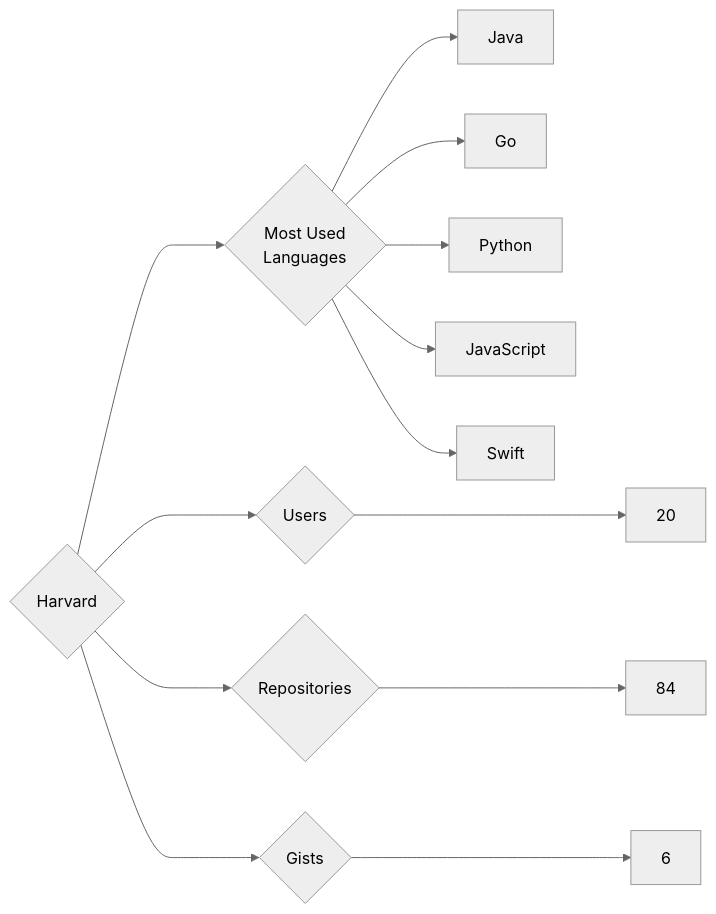
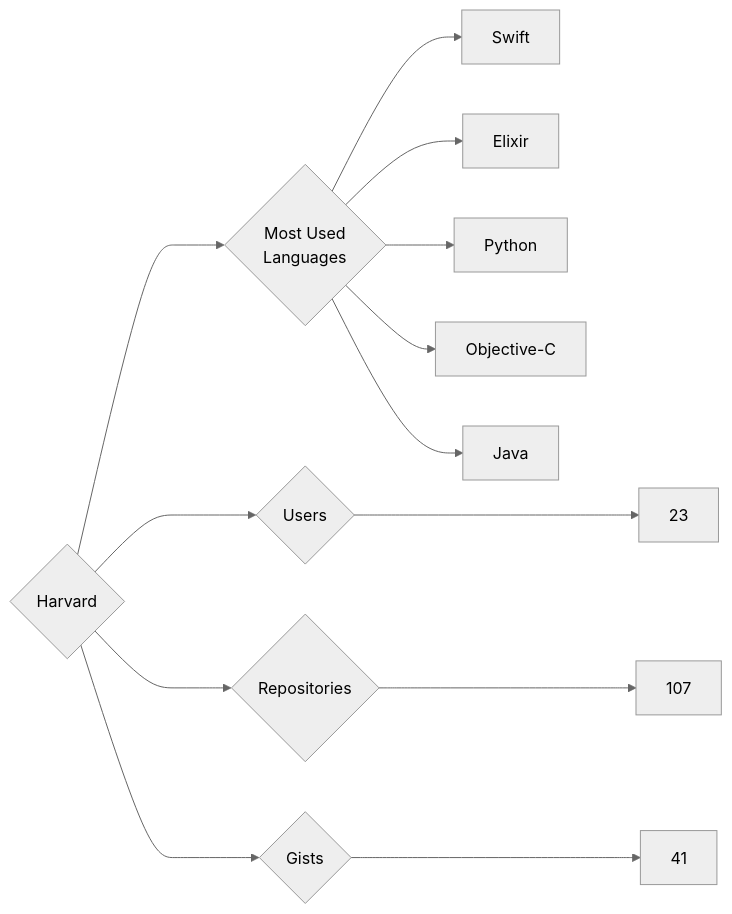
Before and after one commit to trickest/insiders: the diagram in targets/Harvard/README.md, drawn with Mermaid (neutral theme). The commit also changed 912 other files, not shown here.

````diff
--- a/targets/Harvard/README.md
+++ b/targets/Harvard/README.md
@@ -3,13 +3,13 @@
 ```mermaid
 graph LR
 COMPANY_NAME{Harvard}
-COMPANY_NAME ---> U{Users} ---> UN[20]
-COMPANY_NAME ---> R{Repositories} ---> RN[84]
-COMPANY_NAME ---> G{Gists} ---> GN[6]
+COMPANY_NAME ---> U{Users} ---> UN[23]
+COMPANY_NAME ---> R{Repositories} ---> RN[107]
+COMPANY_NAME ---> G{Gists} ---> GN[41]
 COMPANY_NAME ---> ML{Most Used<br>Languages}
+ML --> Swift[Swift]
+ML --> Elixir[Elixir]
+ML --> Python[Python]
+ML --> Objective-C[Objective-C]
 ML --> Java[Java]
-ML --> Go[Go]
-ML --> Python[Python]
-ML --> JavaScript[JavaScript]
-ML --> Swift[Swift]
 ```
````
